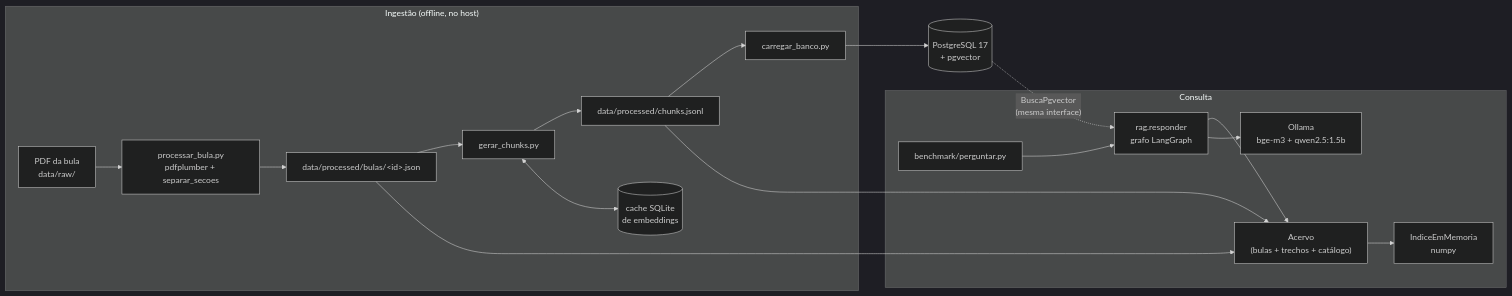
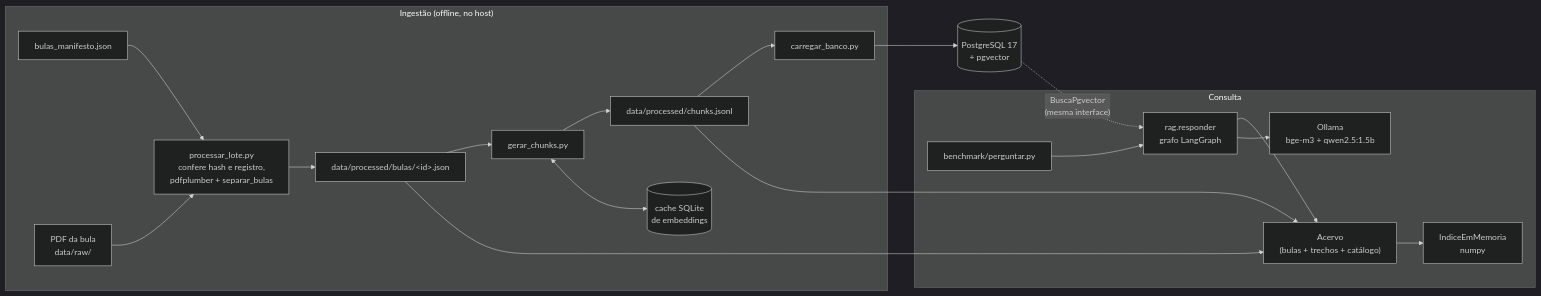
The first of 5 diagrams in README.md (umdevaprendiz/farma-rag), drawn with Mermaid (dark theme) before and after one commit. The commit also changed other lines of this file and 36 other files, not shown here.

Commit message:
ingestão das buas reais: lote pelo manifesto, várias bulas por pdf, registro e forma farmaceutica

````diff
--- a/README.md
+++ b/README.md
@@ -79,23 +79,24 @@
 ```mermaid
 flowchart LR
   subgraph ING["Ingestão (offline, no host)"]
-    PDF["PDF da bula<br/>data/raw/"] --> PB["processar_bula.py<br/>pdfplumber + separar_secoes"]
+    MAN["bulas_manifesto.json"] --> PB["processar_lote.py<br/>confere hash e registro,<br/>pdfplumber + separar_bulas"]
+    PDF["PDF da bula<br/>data/raw/"] --> PB
     PB --> JSON["data/processed/bulas/&lt;id&gt;.json"]
     JSON --> GC["gerar_chunks.py"]
     GC --> JSONL["data/processed/chunks.jsonl"]
     GC <--> CACHE[("cache SQLite<br/>de embeddings")]
     JSONL --> CB["carregar_banco.py"]
   end
 
   subgraph RUN["Consulta"]
     CLI["benchmark/perguntar.py"] --> RAG["rag.responder<br/>grafo LangGraph"]
     RAG --> ACV["Acervo<br/>(bulas + trechos + catálogo)"]
     ACV --> MEM["IndiceEmMemoria<br/>numpy"]
     RAG --> OLL["Ollama<br/>bge-m3 + qwen2.5:1.5b"]
   end
 
   JSON --> ACV
   JSONL --> ACV
   CB --> PG[("PostgreSQL 17<br/>+ pgvector")]
   PG -. "BuscaPgvector<br/>(mesma interface)" .-> RAG
 ```
````
